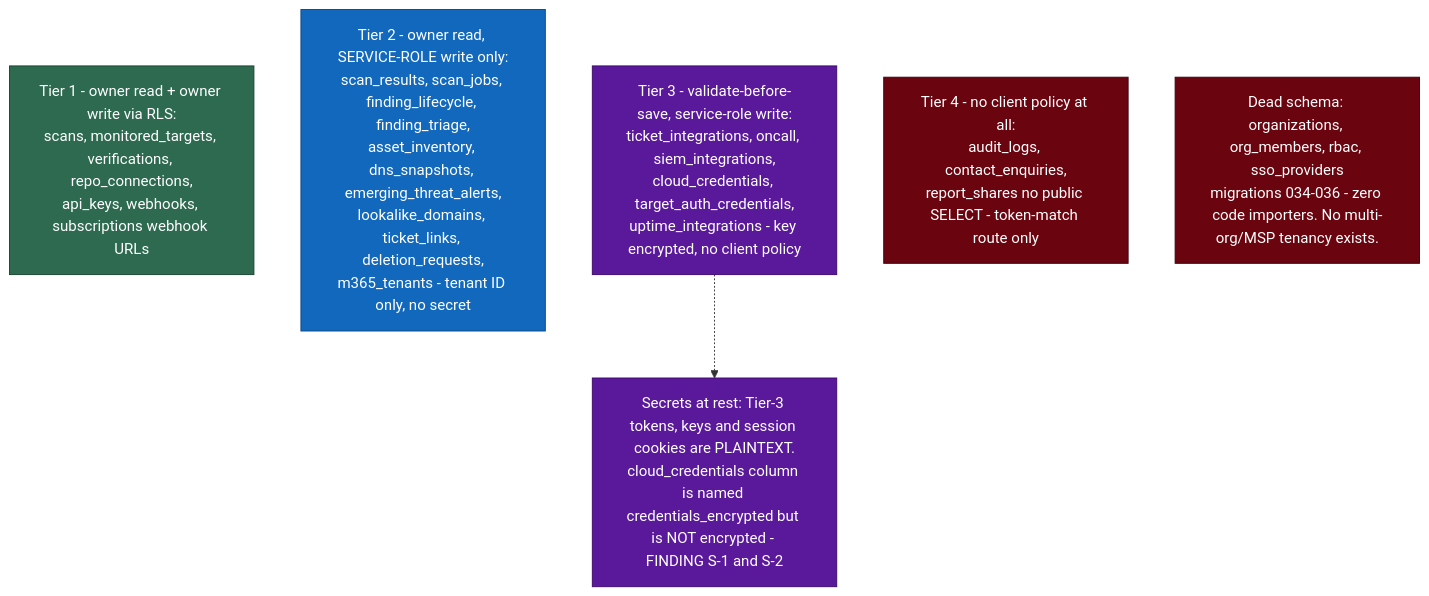
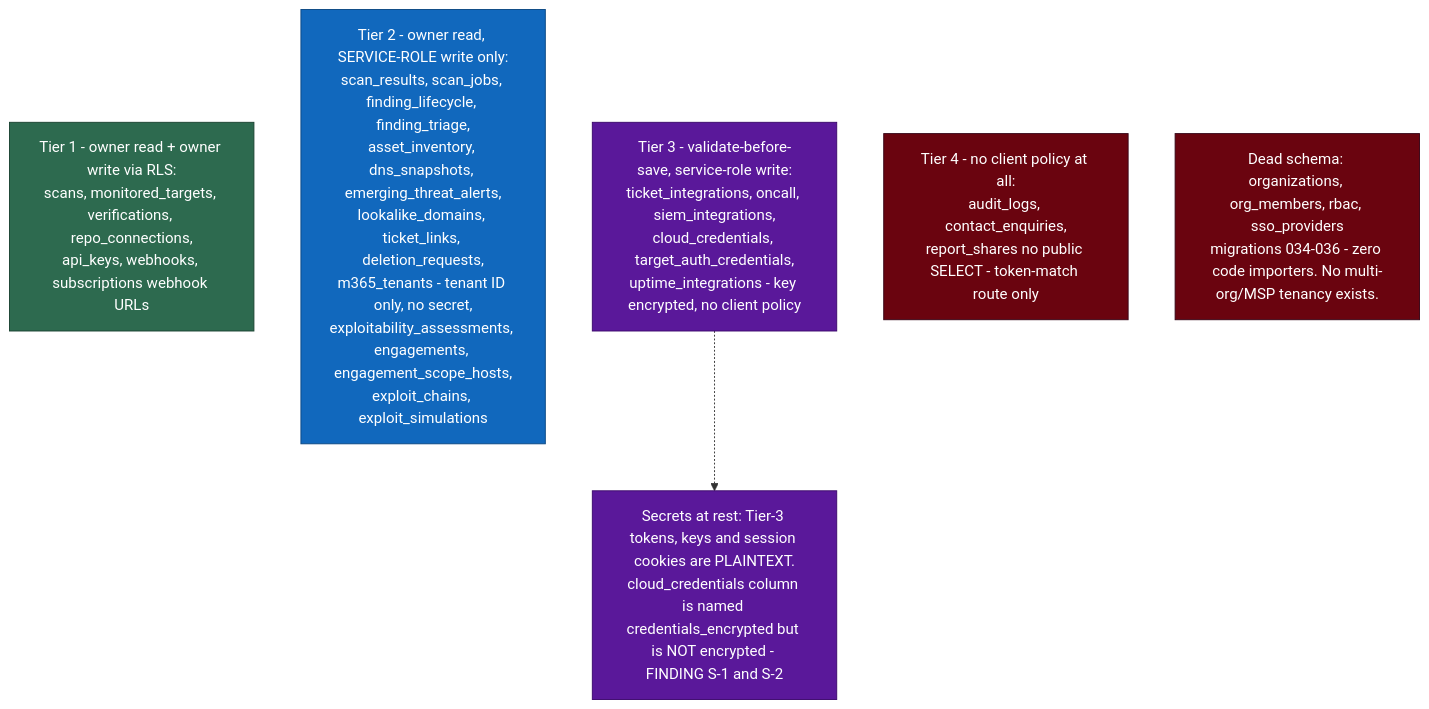
The second of 2 diagrams in hebridescyber-app/docs/DATA-MODEL.md (andrew-barvas/hebrides-cyber), drawn with Mermaid before and after one commit. The commit also changed other lines of this file and 16 other files, not shown here.

First line of the commit message:
feat(exploitability): week 4 — scan pass, persistence, migrations 070 and 071 (#206)

````diff
--- a/hebridescyber-app/docs/DATA-MODEL.md
+++ b/hebridescyber-app/docs/DATA-MODEL.md
@@ -71,14 +76,14 @@
 ```mermaid
 flowchart TB
     classDef t1 fill:#2d6a4f,stroke:#1b4332,color:#fff
     classDef t2 fill:#1168bd,stroke:#0b4884,color:#fff
     classDef t3 fill:#5a189a,stroke:#3c096c,color:#fff
     classDef t4 fill:#6a040f,stroke:#370617,color:#fff
     T1[Tier 1 - owner read + owner write via RLS:<br/>scans, monitored_targets, verifications, repo_connections,<br/>api_keys, webhooks, subscriptions webhook URLs]:::t1
-    T2[Tier 2 - owner read, SERVICE-ROLE write only:<br/>scan_results, scan_jobs, finding_lifecycle, finding_triage,<br/>asset_inventory, dns_snapshots, emerging_threat_alerts,<br/>lookalike_domains, ticket_links, deletion_requests,<br/>m365_tenants - tenant ID only, no secret]:::t2
+    T2[Tier 2 - owner read, SERVICE-ROLE write only:<br/>scan_results, scan_jobs, finding_lifecycle, finding_triage,<br/>asset_inventory, dns_snapshots, emerging_threat_alerts,<br/>lookalike_domains, ticket_links, deletion_requests,<br/>m365_tenants - tenant ID only, no secret,<br/>exploitability_assessments, engagements, engagement_scope_hosts,<br/>exploit_chains, exploit_simulations]:::t2
     T3[Tier 3 - validate-before-save, service-role write:<br/>ticket_integrations, oncall, siem_integrations,<br/>cloud_credentials, target_auth_credentials,<br/>uptime_integrations - key encrypted, no client policy]:::t3
     T4[Tier 4 - no client policy at all:<br/>audit_logs, contact_enquiries,<br/>report_shares no public SELECT - token-match route only]:::t4
     N1["Secrets at rest: Tier-3 tokens, keys and session cookies are PLAINTEXT.<br/>cloud_credentials column is named credentials_encrypted but is NOT encrypted - FINDING S-1 and S-2"]:::t3
     N2["Dead schema: organizations, org_members, rbac, sso_providers<br/>migrations 034-036 - zero code importers. No multi-org/MSP tenancy exists."]:::t4
     T3 -.-> N1
 ```
````
